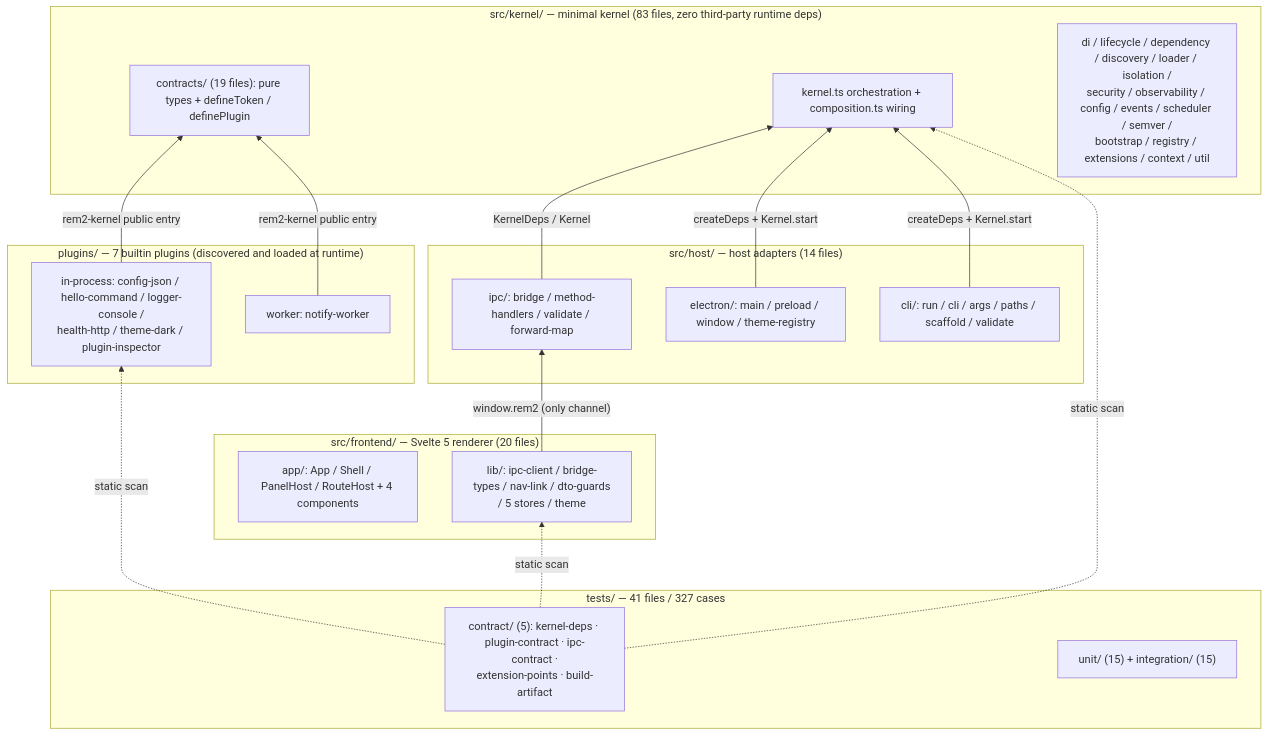
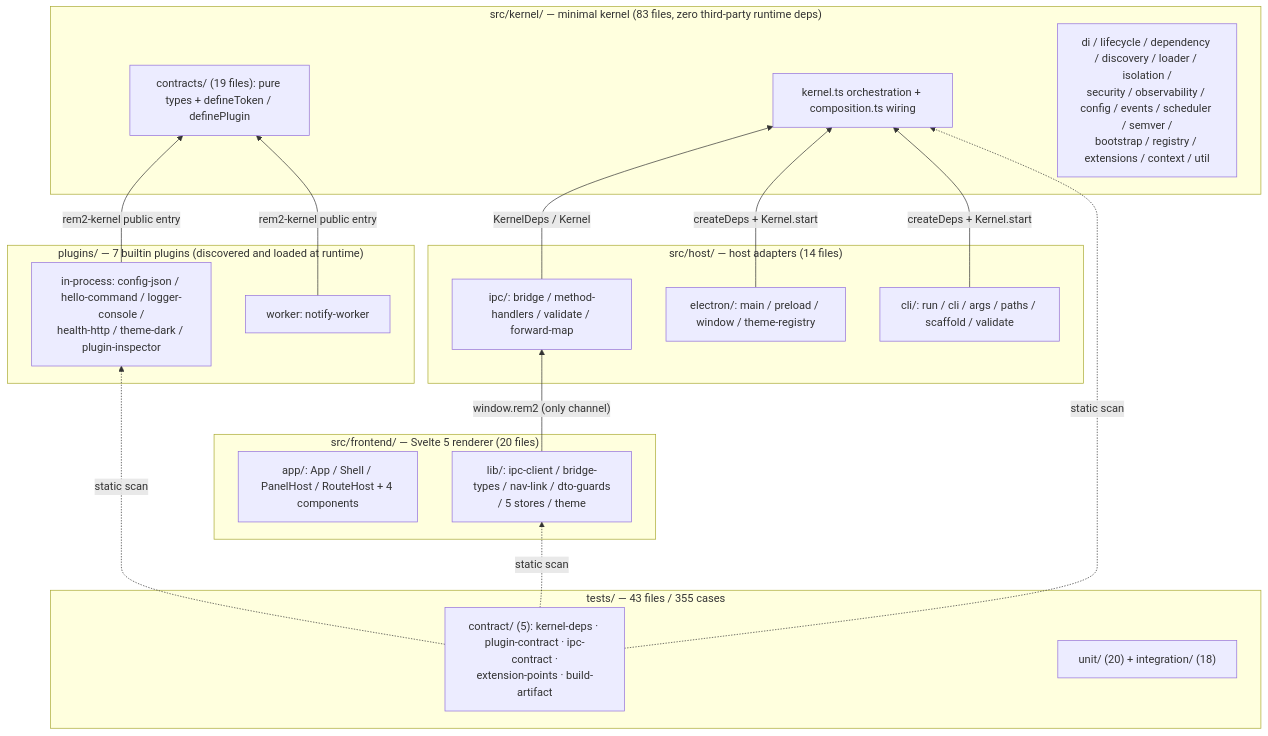
Before and after one commit to kino14910/REM2: the first of 5 diagrams in docs/en/01-architecture-overview.md, drawn with Mermaid. The commit also changed other lines of this file and 14 other files, not shown here.

````diff
--- a/docs/en/01-architecture-overview.md
+++ b/docs/en/01-architecture-overview.md
@@ -19,39 +19,39 @@
 ```mermaid
 graph BT
     subgraph L1["plugins/ — 7 builtin plugins (discovered and loaded at runtime)"]
         PA["in-process: config-json / hello-command / logger-console /<br/>health-http / theme-dark / plugin-inspector"]
         PB["worker: notify-worker"]
     end
 
     subgraph L2["src/frontend/ — Svelte 5 renderer (20 files)"]
         FA["app/: App / Shell / PanelHost / RouteHost + 4 components"]
         FB["lib/: ipc-client / bridge-types / nav-link / dto-guards<br/>/ 5 stores / theme"]
     end
 
     subgraph L3["src/host/ — host adapters (14 files)"]
         HA["electron/: main / preload / window / theme-registry"]
         HB["ipc/: bridge / method-handlers / validate / forward-map"]
         HC["cli/: run / cli / args / paths / scaffold / validate"]
     end
 
     subgraph L4["src/kernel/ — minimal kernel (83 files, zero third-party runtime deps)"]
         KA["contracts/ (19 files): pure types + defineToken / definePlugin"]
         KB["kernel.ts orchestration + composition.ts wiring"]
         KC["di / lifecycle / dependency / discovery / loader / isolation /<br/>security / observability / config / events / scheduler / semver /<br/>bootstrap / registry / extensions / context / util"]
     end
 
-    subgraph L5["tests/ — 41 files / 327 cases"]
+    subgraph L5["tests/ — 43 files / 355 cases"]
         TA["contract/ (5): kernel-deps · plugin-contract · ipc-contract ·<br/>extension-points · build-artifact"]
-        TB["unit/ (15) + integration/ (15)"]
+        TB["unit/ (20) + integration/ (18)"]
     end
 
     FB -->|"window.rem2 (only channel)"| HB
     HB -->|"KernelDeps / Kernel"| KB
     HA -->|"createDeps + Kernel.start"| KB
     HC -->|"createDeps + Kernel.start"| KB
     PA -->|"rem2-kernel public entry"| KA
     PB -->|"rem2-kernel public entry"| KA
     TA -.->|"static scan"| KB
     TA -.->|"static scan"| FB
     TA -.->|"static scan"| PA
 ```
````
